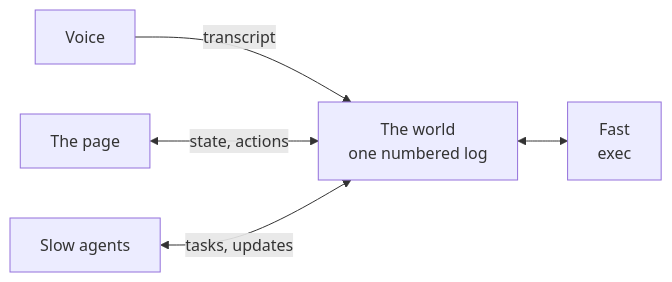
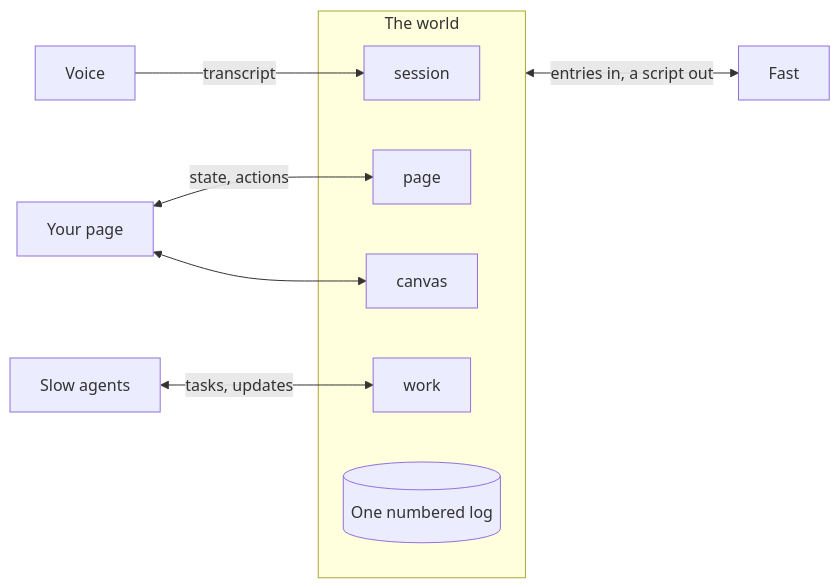
Before and after one commit to andrei512/devpage: the diagram in docs/boxes/viewer/live-session/agents/world/README.md, drawn with Mermaid. The commit also changed other lines of this file and 45 other files, not shown here.

````diff
--- a/docs/boxes/viewer/live-session/agents/world/README.md
+++ b/docs/boxes/viewer/live-session/agents/world/README.md
@@ -10,7 +11,21 @@
 ```mermaid
 flowchart LR
-  voice["Voice"] -->|"transcript"| world
-  page["The page"] <-->|"state, actions"| world
-  slow["Slow agents"] <-->|"tasks, updates"| world
-  world["The world<br/>one numbered log"] <--> fast["Fast<br/>exec"]
+  voice["Voice"] -->|"transcript"| session
+  browser["Your page"] <-->|"state, actions"| page
+  browser <--> canvas
+  slow["Slow agents"] <-->|"tasks, updates"| work
+  subgraph world["The world"]
+    session["session"]
+    page["page"]
+    canvas["canvas"]
+    work["work"]
+    log[("One numbered log")]
+  end
+  world <-->|"entries in, a script out"| fast["Fast"]
+  click session href "./session/README.md" "The session part"
+  click page href "./page/README.md" "The page part"
+  click canvas href "./canvas/README.md" "The canvas part"
+  click work href "./work/README.md" "The work part"
+  click log href "./log/README.md" "One numbered log"
+  click fast href "./scripts/README.md" "Fast's scripts"
 ```
````
